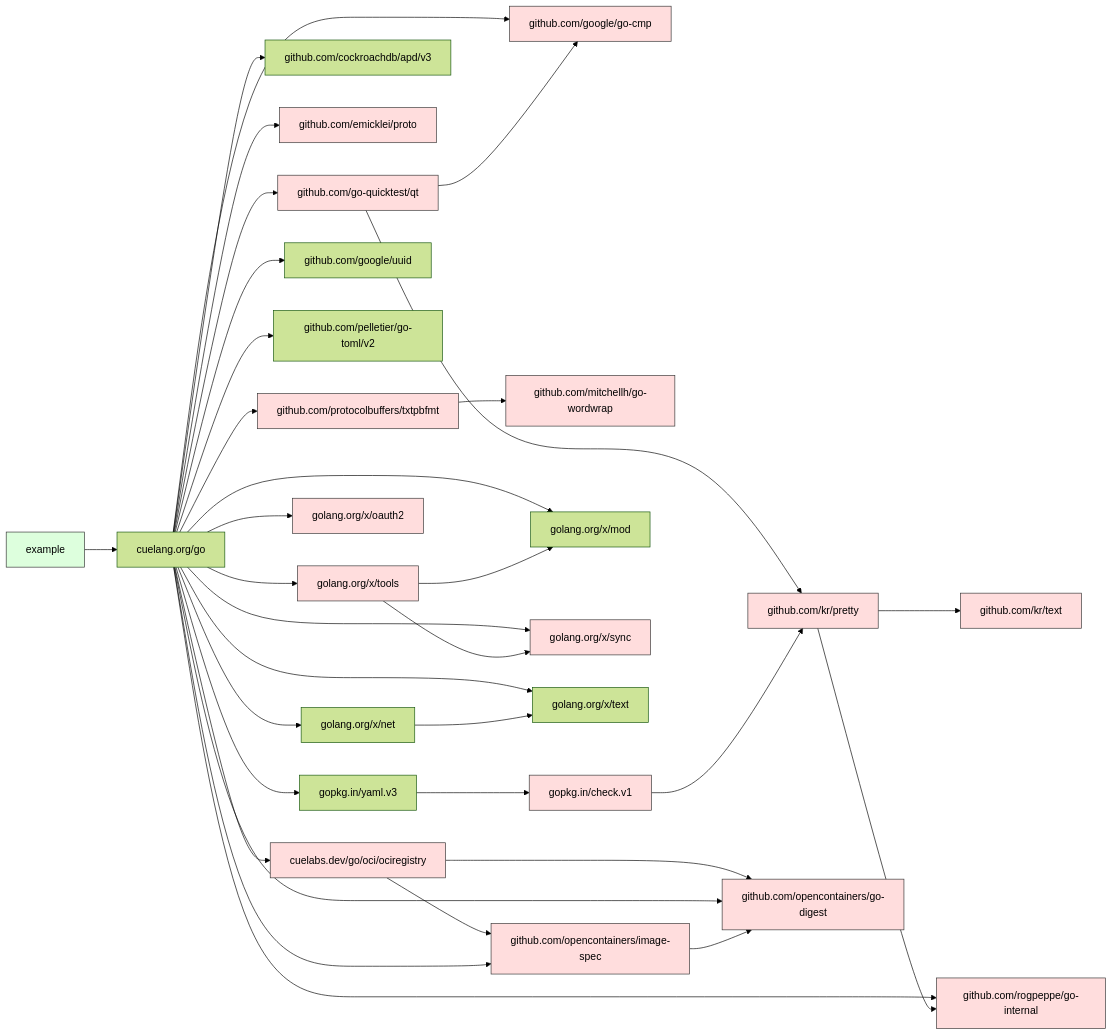
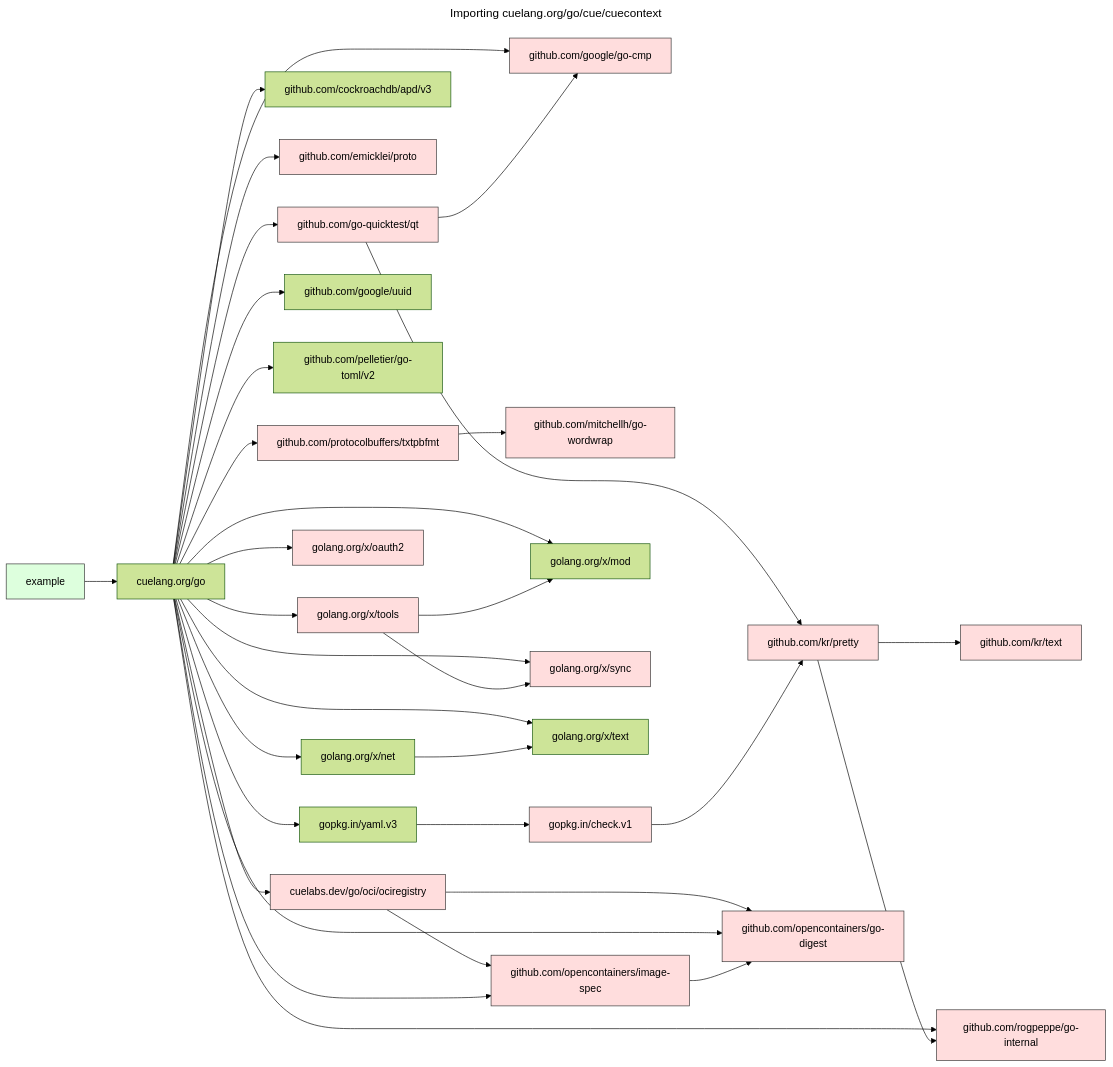
Before and after one commit to cue-lang/cuelang.org: the first of 3 diagrams in mkdocs/preprocessor/content/docs/concept/understanding-cue-go-module-dependencies/en.md, drawn with Mermaid (forest theme). The commit also changed other lines of this file and 6 other files, not shown here.

First line of the commit message:
mkdocs: replace Hugo mermaid shortcode with code block with mkdocs-refactor/mermaid-transform.bash

````diff
--- a/mkdocs/preprocessor/content/docs/concept/understanding-cue-go-module-dependencies/en.md
+++ b/mkdocs/preprocessor/content/docs/concept/understanding-cue-go-module-dependencies/en.md
@@ -73,63 +73,66 @@
-{{< mermaid caption="Importing cuelang.org/go/cue/cuecontext" >}}
+``` mermaid
+---
+title: "Importing cuelang.org/go/cue/cuecontext"
+---
 graph LR
     N0["cuelabs.dev/go/oci/ociregistry"]
     N1["cuelang.org/go"]
     N2["example"]
     N3["github.com/cockroachdb/apd/v3"]
     N4["github.com/emicklei/proto"]
     N5["github.com/go-quicktest/qt"]
     N6["github.com/google/go-cmp"]
     N7["github.com/google/uuid"]
     N8["github.com/kr/pretty"]
     N9["github.com/kr/text"]
     N10["github.com/mitchellh/go-wordwrap"]
     N11["github.com/opencontainers/go-digest"]
     N12["github.com/opencontainers/image-spec"]
     N13["github.com/pelletier/go-toml/v2"]
     N14["github.com/protocolbuffers/txtpbfmt"]
     N15["github.com/rogpeppe/go-internal"]
     N16["golang.org/x/mod"]
     N17["golang.org/x/net"]
     N18["golang.org/x/oauth2"]
     N19["golang.org/x/sync"]
     N20["golang.org/x/text"]
     N21["golang.org/x/tools"]
     N22["gopkg.in/check.v1"]
     N23["gopkg.in/yaml.v3"]
     N0 --> N11
     N0 --> N12
     N1 --> N0
     N1 --> N3
     N1 --> N4
     N1 --> N5
     N1 --> N6
     N1 --> N7
     N1 --> N11
     N1 --> N12
     N1 --> N13
     N1 --> N14
     N1 --> N15
     N1 --> N16
     N1 --> N17
     N1 --> N18
     N1 --> N19
     N1 --> N20
     N1 --> N21
     N1 --> N23
     N2 --> N1
     N5 --> N6
     N5 --> N8
     N8 --> N9
     N8 --> N15
     N12 --> N11
     N14 --> N10
     N17 --> N20
     N21 --> N16
     N21 --> N19
     N22 --> N8
     N23 --> N22
     classDef red fill:#ffdddd,stroke:#333,stroke-width:1px;
     class N0,N4,N5,N6,N8,N9,N10,N11,N12,N14,N15,N18,N19,N21,N22 red;
     classDef green fill:#ddffdd,stroke:#333,stroke-width:1px;
     class N2 green;
-{{< /mermaid >}}
+```
````
